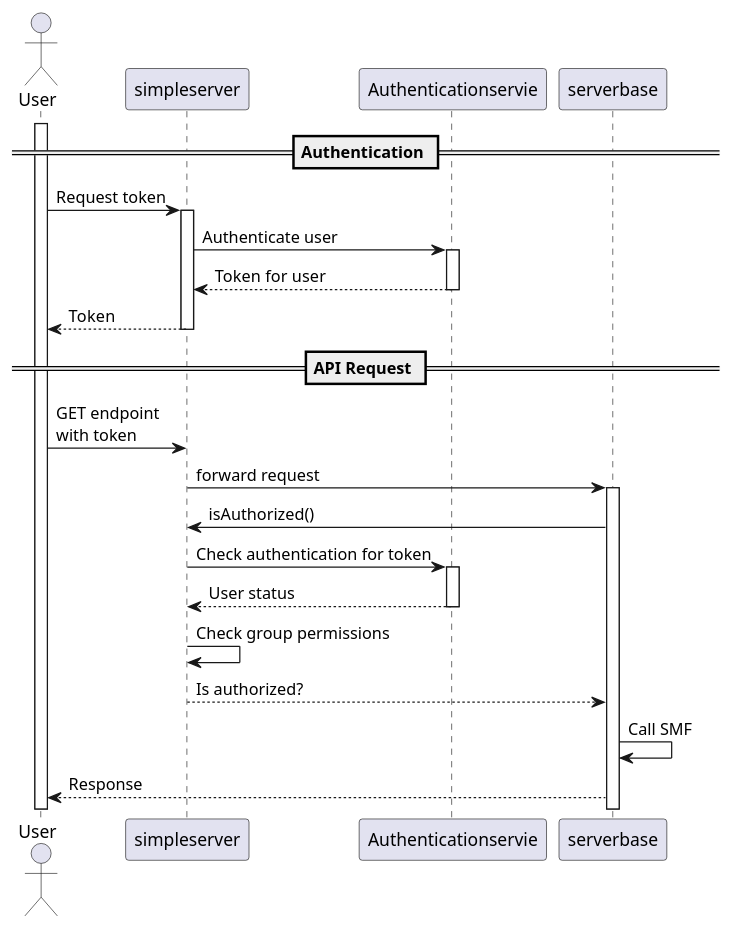
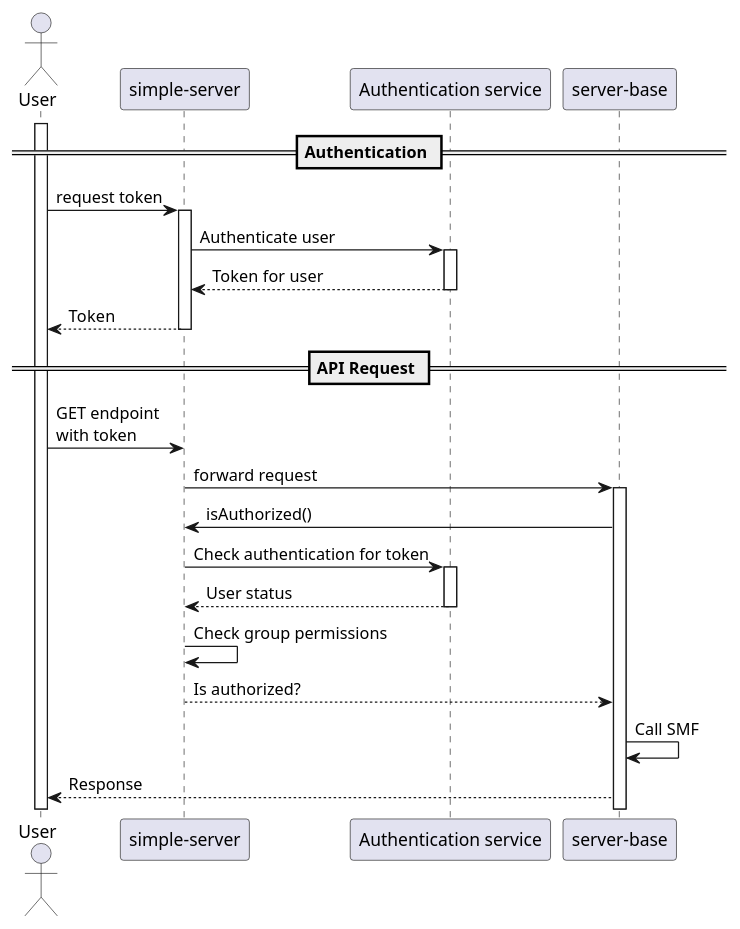
Before and after one commit to server-state/specs: the diagram in arch/authentication.md, drawn with PlantUML.

Commit message:
- Updated UML Diagram

````diff
--- a/arch/authentication.md
+++ b/arch/authentication.md
@@ -5,34 +5,34 @@
 ```plantuml
 @startuml
 actor User
 
 == Authentication ==
 
 activate User
-User->simpleserver:Request token
-activate simpleserver
-simpleserver->Authenticationservie:Authenticate user
-activate Authenticationservie
-simpleserver<--Authenticationservie:Token for user
-deactivate Authenticationservie
-User<--simpleserver:Token
-deactivate simpleserver
+User->"simple-server":request token
+activate "simple-server"
+"simple-server"->"Authentication service":Authenticate user
+activate "Authentication service"
+"simple-server"<--"Authentication service":Token for user
+deactivate "Authentication service"
+User<--"simple-server":Token
+deactivate "simple-server"
 
 == API Request ==
-User->simpleserver:GET endpoint \nwith token
-simpleserver->serverbase:forward request
-activate serverbase
+User->"simple-server":GET endpoint \nwith token
+"simple-server"->"server-base":forward request
+activate "server-base"
 
-serverbase->simpleserver:isAuthorized()
-simpleserver->Authenticationservie:Check authentication for token
-activate Authenticationservie
-simpleserver<--Authenticationservie:User status
-deactivate Authenticationservie
+"server-base"->"simple-server":isAuthorized()
+"simple-server"->"Authentication service":Check authentication for token
+activate "Authentication service"
+"simple-server"<--"Authentication service":User status
+deactivate "Authentication service"
 
-simpleserver->simpleserver:Check group permissions
-simpleserver-->serverbase:Is authorized?
-deactivate simpleserver
-serverbase->serverbase:Call SMF
-User<--serverbase:Response
+"simple-server"->"simple-server":Check group permissions
+"simple-server"-->"server-base":Is authorized?
+deactivate "simple-server"
+"server-base"->"server-base":Call SMF
+User<--"server-base":Response
 @enduml
 ```
````
